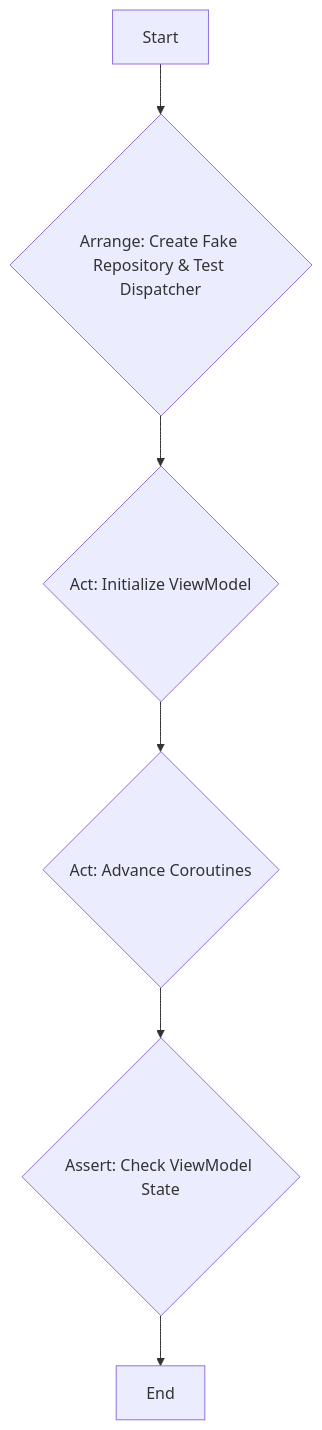
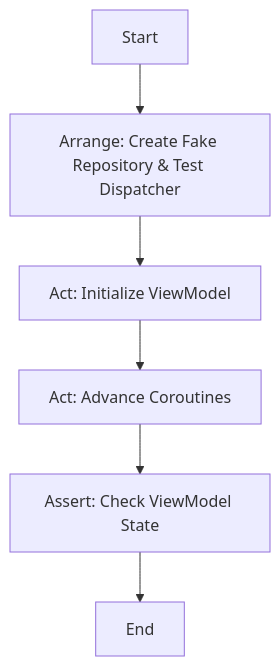
One commit to aoriani/ecomm-compose-multiplatform changed the second of 3 diagrams in client/TESTING_GUIDELINES.md. Above: the diagram before and after it, drawn with Mermaid. The commit also changed 6 other files, not shown here.

````diff
--- a/client/TESTING_GUIDELINES.md
+++ b/client/TESTING_GUIDELINES.md
@@ -92,8 +92,8 @@
 ```mermaid
 flowchart TD
-    A[Start] --> B{Arrange: Create Fake Repository & Test Dispatcher}
-    B --> C{Act: Initialize ViewModel}
-    C --> D{Act: Advance Coroutines}
-    D --> E{Assert: Check ViewModel State}
+    A[Start] --> B[Arrange: Create Fake Repository & Test Dispatcher]
+    B --> C[Act: Initialize ViewModel]
+    C --> D[Act: Advance Coroutines]
+    D --> E[Assert: Check ViewModel State]
     E --> F[End]
 ```
````
